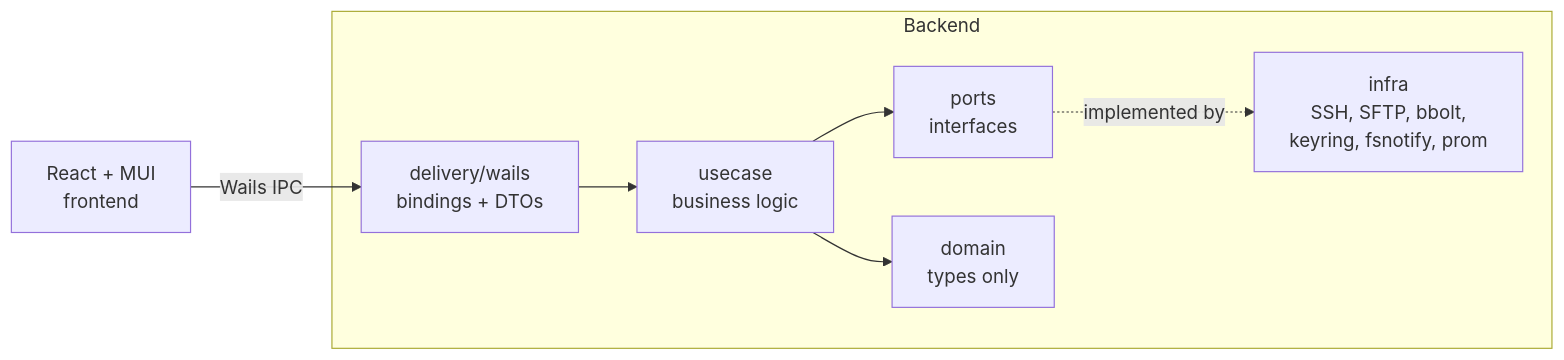
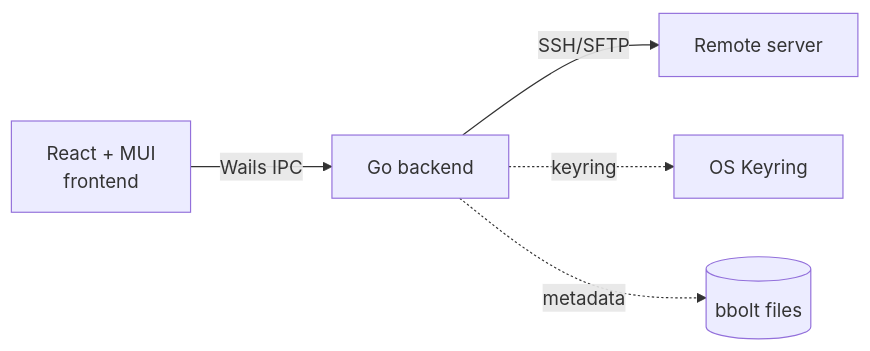
The diagram in README.md (Ilpaka/PIdisk_open_source), drawn with Mermaid before and after one commit. The commit also changed other lines of this file and 1 other file, not shown here.

````diff
--- a/README.md
+++ b/README.md
@@ -56,10 +95,7 @@
 ```mermaid
 flowchart LR
-    UI[React + MUI<br/>frontend] -- Wails IPC --> Delivery
-    subgraph Backend
-      Delivery[delivery/wails<br/>bindings + DTOs] --> UseCase[usecase<br/>business logic]
-      UseCase --> Ports[ports<br/>interfaces]
-      Ports -. implemented by .-> Infra[infra<br/>SSH, SFTP, bbolt,<br/>keyring, fsnotify, prom]
-      UseCase --> Domain[domain<br/>types only]
-    end
+    UI[React + MUI<br/>frontend] -- Wails IPC --> Backend[Go backend]
+    Backend -- SSH/SFTP --> Server[Remote server]
+    Backend -. keyring .-> OS[OS Keyring]
+    Backend -. metadata .-> Local[(bbolt files)]
 ```
````
